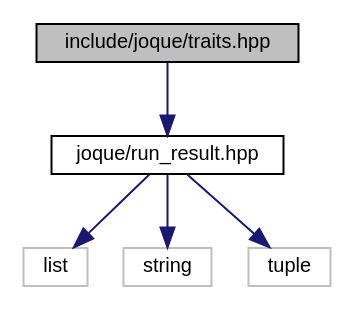
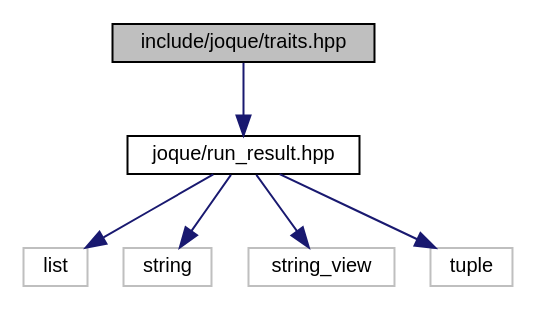
Before and after one commit to koniarik/joque: the diagram in traits_8hpp__incl.dot, drawn with Graphviz. The commit also changed 122 other files, not shown here.

```diff
--- a/traits_8hpp__incl.dot
+++ b/traits_8hpp__incl.dot
@@ -1,15 +1,17 @@
 digraph "include/joque/traits.hpp"
 {
  // LATEX_PDF_SIZE
   edge [fontname="Helvetica",fontsize="10",labelfontname="Helvetica",labelfontsize="10"];
   node [fontname="Helvetica",fontsize="10",shape=record];
   Node1 [label="include/joque/traits.hpp",height=0.2,width=0.4,color="black", fillcolor="grey75", style="filled", fontcolor="black",tooltip=" "];
   Node1 -> Node2 [color="midnightblue",fontsize="10",style="solid",fontname="Helvetica"];
   Node2 [label="joque/run_result.hpp",height=0.2,width=0.4,color="black", fillcolor="white", style="filled",URL="$run__result_8hpp.html",tooltip=" "];
   Node2 -> Node3 [color="midnightblue",fontsize="10",style="solid",fontname="Helvetica"];
   Node3 [label="list",height=0.2,width=0.4,color="grey75", fillcolor="white", style="filled",tooltip=" "];
   Node2 -> Node4 [color="midnightblue",fontsize="10",style="solid",fontname="Helvetica"];
   Node4 [label="string",height=0.2,width=0.4,color="grey75", fillcolor="white", style="filled",tooltip=" "];
   Node2 -> Node5 [color="midnightblue",fontsize="10",style="solid",fontname="Helvetica"];
-  Node5 [label="tuple",height=0.2,width=0.4,color="grey75", fillcolor="white", style="filled",tooltip=" "];
+  Node5 [label="string_view",height=0.2,width=0.4,color="grey75", fillcolor="white", style="filled",tooltip=" "];
+  Node2 -> Node6 [color="midnightblue",fontsize="10",style="solid",fontname="Helvetica"];
+  Node6 [label="tuple",height=0.2,width=0.4,color="grey75", fillcolor="white", style="filled",tooltip=" "];
 }
```
